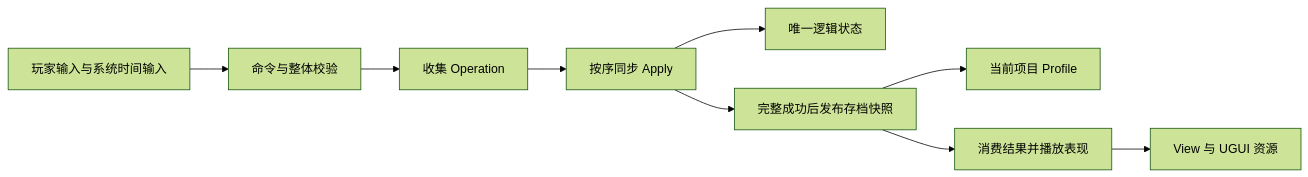
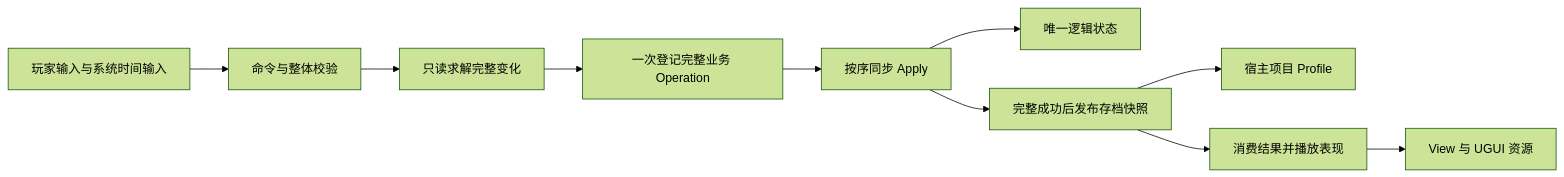
One commit to LIQIANGEASTSUN/MergeTwo changed the diagram in _Plan/README.md. Above: the diagram before and after it, drawn with Mermaid (forest theme). The commit also changed other lines of this file and 4291 other files, not shown here.

````diff
--- a/_Plan/README.md
+++ b/_Plan/README.md
@@ -41,11 +45,12 @@
 ```mermaid
 flowchart LR
     Input[玩家输入与系统时间输入] --> Command[命令与整体校验]
-    Command --> Batch[收集 Operation]
+    Command --> Plan[只读求解完整变化]
+    Plan --> Batch[一次登记完整业务 Operation]
     Batch --> Apply[按序同步 Apply]
     Apply --> State[唯一逻辑状态]
     Apply --> Commit[完整成功后发布存档快照]
-    Commit --> Profile[当前项目 Profile]
+    Commit --> Profile[宿主项目 Profile]
     Commit --> Graphic[消费结果并播放表现]
     Graphic --> View[View 与 UGUI 资源]
 ```
````
